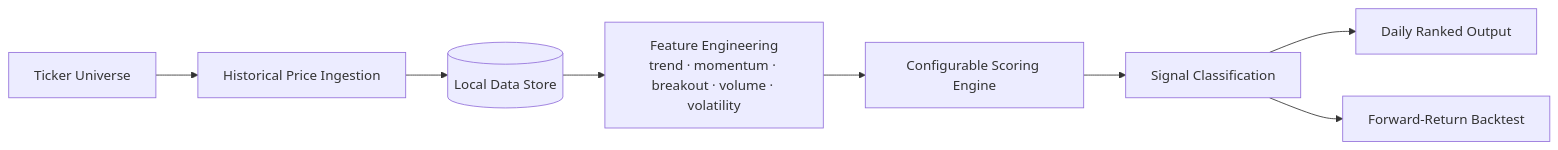
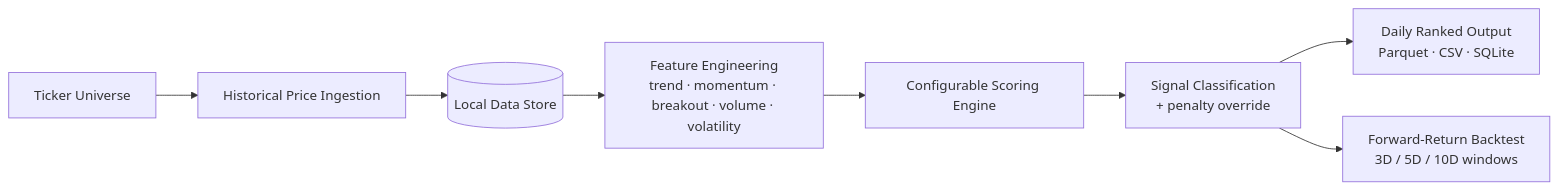
The diagram in machine-learning/idx-stock-signal-scanner/README.md (suryalionael/Lionael-Surya), drawn with Mermaid before and after one commit. The commit also changed other lines of this file, not shown here.

Commit message:
Refresh IDX stock signal scanner overview with current pipeline details

````diff
--- a/machine-learning/idx-stock-signal-scanner/README.md
+++ b/machine-learning/idx-stock-signal-scanner/README.md
@@ -15,10 +15,10 @@
 ```mermaid
 flowchart LR
     A[Ticker Universe] --> B[Historical Price Ingestion]
     B --> C[(Local Data Store)]
     C --> D[Feature Engineering<br/>trend · momentum · breakout · volume · volatility]
     D --> E[Configurable Scoring Engine]
-    E --> F[Signal Classification]
-    F --> G[Daily Ranked Output]
-    F --> H[Forward-Return Backtest]
+    E --> F[Signal Classification<br/>+ penalty override]
+    F --> G[Daily Ranked Output<br/>Parquet · CSV · SQLite]
+    F --> H[Forward-Return Backtest<br/>3D / 5D / 10D windows]
 ```
````
